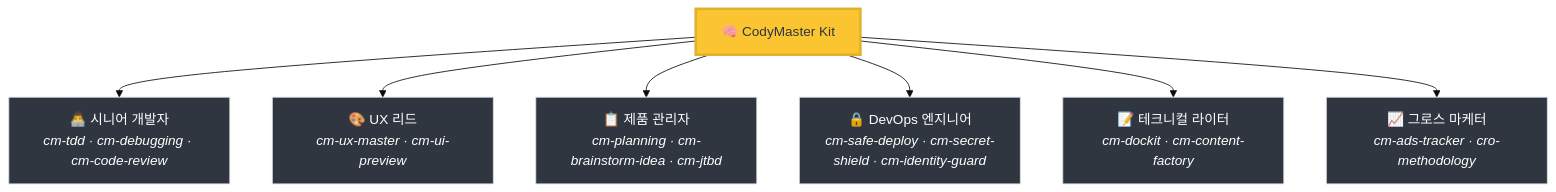
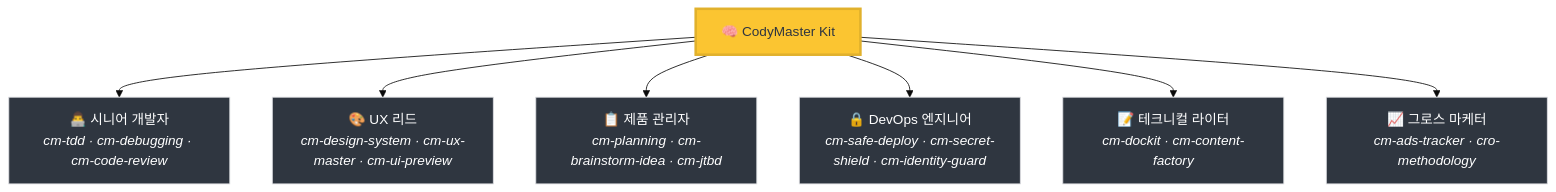
One commit to tody-agent/codymaster changed the first of 3 diagrams in README-ko.md. Above: the diagram before and after it, drawn with Mermaid (base theme). The commit also changed other lines of this file and 3 other files, not shown here.

````diff
--- a/README-ko.md
+++ b/README-ko.md
@@ -56,12 +56,12 @@
 ```mermaid
 graph TD
     A["🧠 CodyMaster Kit"] --> B["👨‍💻 시니어 개발자<br/><i>cm-tdd · cm-debugging · cm-code-review</i>"]
-    A --> C["🎨 UX 리드<br/><i>cm-ux-master · cm-ui-preview</i>"]
+    A --> C["🎨 UX 리드<br/><i>cm-design-system · cm-ux-master · cm-ui-preview</i>"]
     A --> D["📋 제품 관리자<br/><i>cm-planning · cm-brainstorm-idea · cm-jtbd</i>"]
     A --> E["🔒 DevOps 엔지니어<br/><i>cm-safe-deploy · cm-secret-shield · cm-identity-guard</i>"]
     A --> F["📝 테크니컬 라이터<br/><i>cm-dockit · cm-content-factory</i>"]
     A --> G["📈 그로스 마케터<br/><i>cm-ads-tracker · cro-methodology</i>"]
     style A fill:#fbc531,stroke:#e1b12c,color:#2f3640,stroke-width:3px
     classDef team fill:#2f3640,stroke:#dcdde1,stroke-width:1px,color:#fff;
     class B,C,D,E,F,G team;
 ```
````
